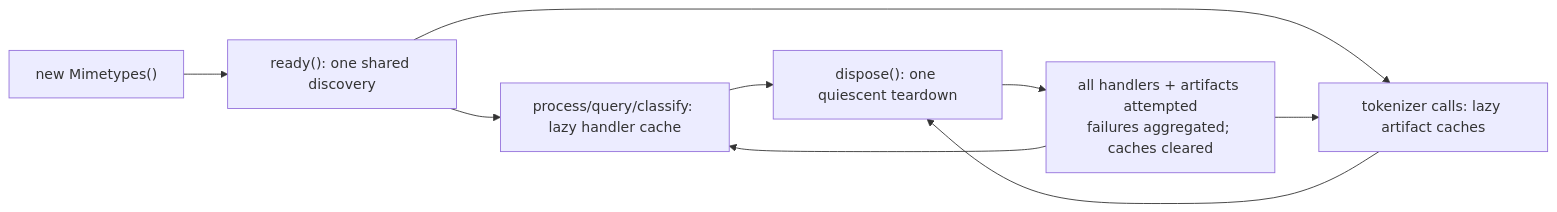
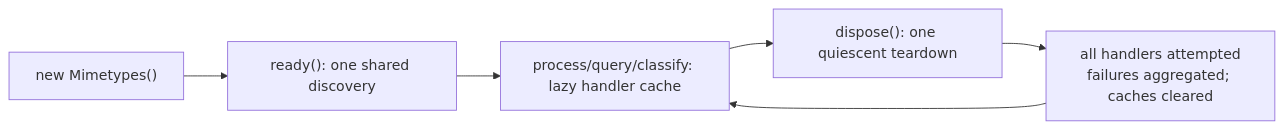
Before and after one commit to plurnk/plurnk-service: the first of 4 diagrams in plurnk-mimetypes/SPEC.md, drawn with Mermaid. The commit also changed other lines of this file and 285 other files, not shown here.

````diff
--- a/plurnk-mimetypes/SPEC.md
+++ b/plurnk-mimetypes/SPEC.md
@@ -79,11 +79,8 @@
 ```mermaid
 flowchart LR
     N["new Mimetypes()"] --> R["ready(): one shared discovery"]
     R --> H["process/query/classify: lazy handler cache"]
-    R --> A["tokenizer calls: lazy artifact caches"]
     H --> D["dispose(): one quiescent teardown"]
-    A --> D
-    D --> X["all handlers + artifacts attempted<br/>failures aggregated; caches cleared"]
+    D --> X["all handlers attempted<br/>failures aggregated; caches cleared"]
     X --> H
-    X --> A
 ```
````
